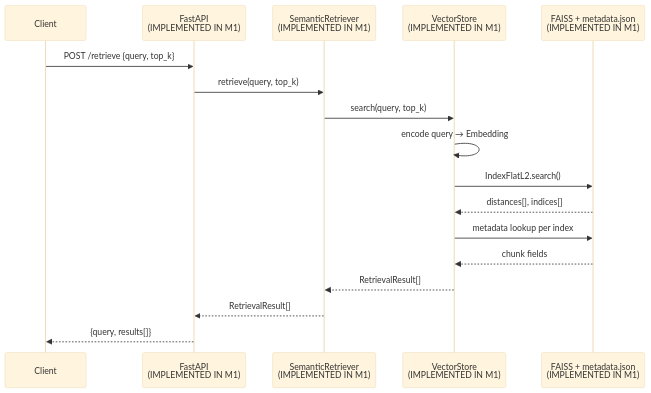
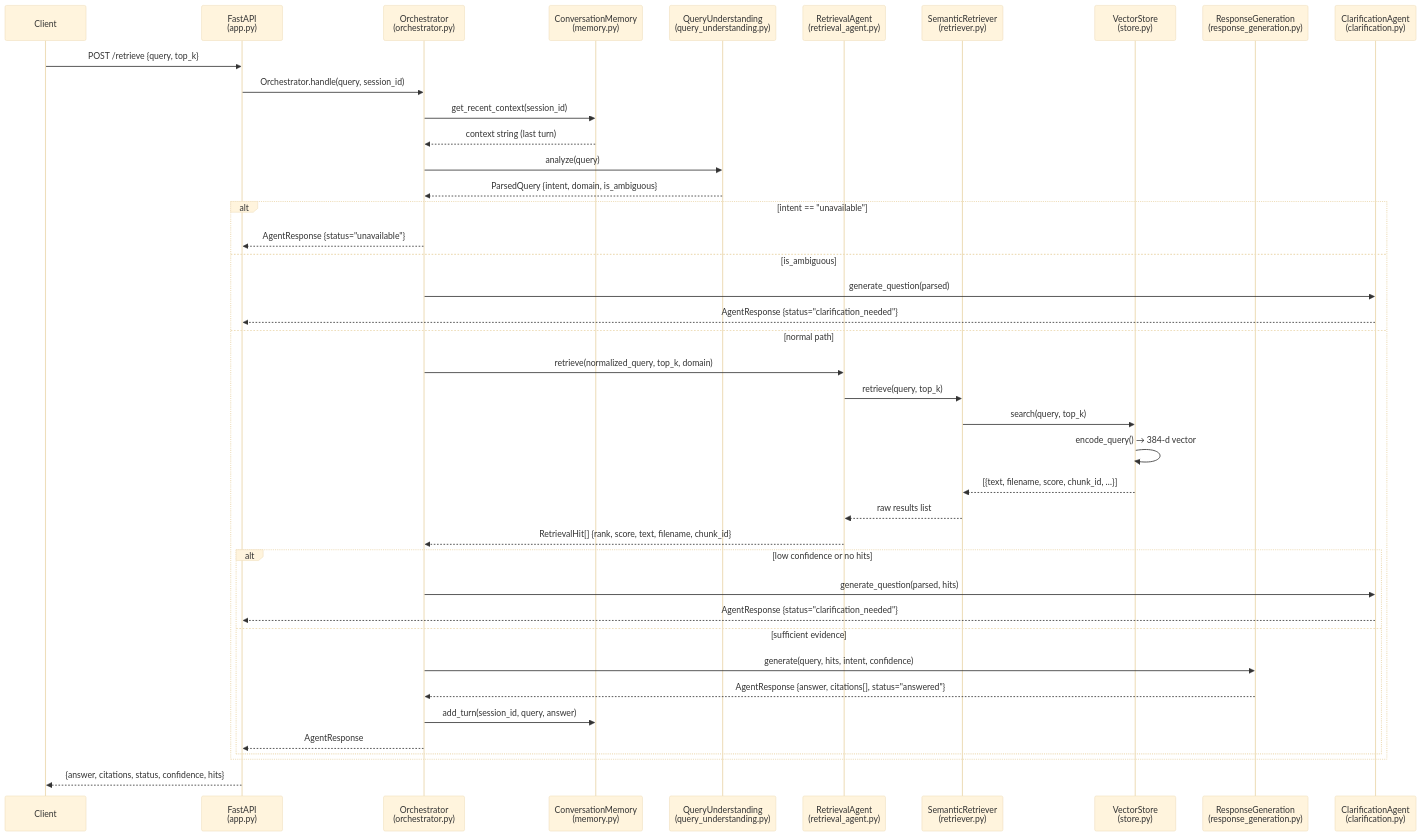
Before and after one commit to Jhansi1717/rag-multi-agent-knowledge-assistant: the diagram in architecture/rag-query-flow.md, drawn with Mermaid (base theme). The commit also changed other lines of this file and 6 other files, not shown here.

Commit message:
docs: rewrite all architecture and tech-stack docs with accurate M1 status and professional diagrams

````diff
--- a/architecture/rag-query-flow.md
+++ b/architecture/rag-query-flow.md
@@ -10,20 +48,47 @@
 ```mermaid
 sequenceDiagram
-    participant C as Client
-    participant API as FastAPI<br/>(IMPLEMENTED IN M1)
-    participant SR as SemanticRetriever<br/>(IMPLEMENTED IN M1)
-    participant VS as VectorStore<br/>(IMPLEMENTED IN M1)
-    participant VDB as FAISS + metadata.json<br/>(IMPLEMENTED IN M1)
+    participant Client
+    participant API as FastAPI<br/>(app.py)
+    participant ORCH as Orchestrator<br/>(orchestrator.py)
+    participant MEM as ConversationMemory<br/>(memory.py)
+    participant QU as QueryUnderstanding<br/>(query_understanding.py)
+    participant RA as RetrievalAgent<br/>(retrieval_agent.py)
+    participant SR as SemanticRetriever<br/>(retriever.py)
+    participant VS as VectorStore<br/>(store.py)
+    participant RG as ResponseGeneration<br/>(response_generation.py)
+    participant CLAR as ClarificationAgent<br/>(clarification.py)
 
-    C->>API: POST /retrieve {query, top_k}
-    API->>SR: retrieve(query, top_k)
-    SR->>VS: search(query, top_k)
-    VS->>VS: encode query → Embedding
-    VS->>VDB: IndexFlatL2.search()
-    VDB-->>VS: distances[], indices[]
-    VS->>VDB: metadata lookup per index
-    VDB-->>VS: chunk fields
-    VS-->>SR: RetrievalResult[]
-    SR-->>API: RetrievalResult[]
-    API-->>C: {query, results[]}
+    Client->>API: POST /retrieve {query, top_k}
+    API->>ORCH: Orchestrator.handle(query, session_id)
+    ORCH->>MEM: get_recent_context(session_id)
+    MEM-->>ORCH: context string (last turn)
+    ORCH->>QU: analyze(query)
+    QU-->>ORCH: ParsedQuery {intent, domain, is_ambiguous}
+
+    alt intent == "unavailable"
+        ORCH-->>API: AgentResponse {status="unavailable"}
+    else is_ambiguous
+        ORCH->>CLAR: generate_question(parsed)
+        CLAR-->>API: AgentResponse {status="clarification_needed"}
+    else normal path
+        ORCH->>RA: retrieve(normalized_query, top_k, domain)
+        RA->>SR: retrieve(query, top_k)
+        SR->>VS: search(query, top_k)
+        VS->>VS: encode_query() → 384-d vector
+        VS-->>SR: [{text, filename, score, chunk_id, …}]
+        SR-->>RA: raw results list
+        RA-->>ORCH: RetrievalHit[] {rank, score, text, filename, chunk_id}
+
+        alt low confidence or no hits
+            ORCH->>CLAR: generate_question(parsed, hits)
+            CLAR-->>API: AgentResponse {status="clarification_needed"}
+        else sufficient evidence
+            ORCH->>RG: generate(query, hits, intent, confidence)
+            RG-->>ORCH: AgentResponse {answer, citations[], status="answered"}
+            ORCH->>MEM: add_turn(session_id, query, answer)
+            ORCH-->>API: AgentResponse
+        end
+    end
+
+    API-->>Client: {answer, citations, status, confidence, hits}
 ```
````
